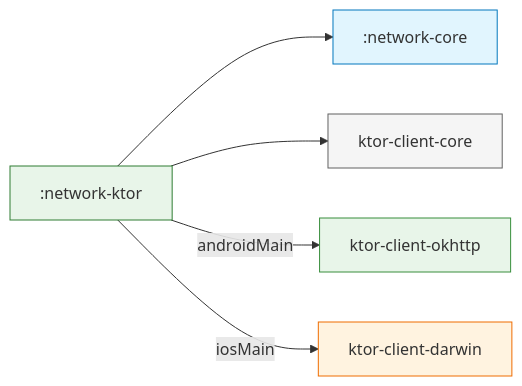
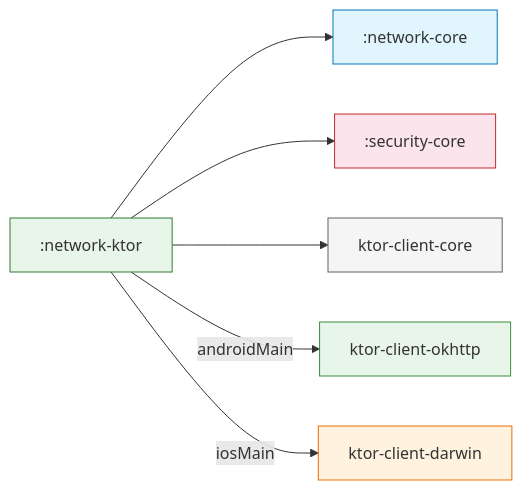
One commit to DanCrRdz93/core-data-platform changed the second of 2 diagrams in network-ktor/README.md. Above: the diagram before and after it, drawn with Mermaid. The commit also changed other lines of this file and 8 other files, not shown here.

Commit message:
update diagrams

````diff
--- a/network-ktor/README.md
+++ b/network-ktor/README.md
@@ -259,13 +268,15 @@
 ```mermaid
 graph LR
     NK[":network-ktor"] --> NC[":network-core"]
+    NK --> SC[":security-core"]
     NK --> KTOR["ktor-client-core"]
     NK -->|androidMain| OKHTTP["ktor-client-okhttp"]
     NK -->|iosMain| DARWIN["ktor-client-darwin"]
 
     style NK fill:#e8f5e9,stroke:#2e7d32
     style NC fill:#e1f5fe,stroke:#0277bd
+    style SC fill:#fce4ec,stroke:#c62828
     style KTOR fill:#f5f5f5,stroke:#616161
     style OKHTTP fill:#e8f5e9,stroke:#388e3c
     style DARWIN fill:#fff3e0,stroke:#ef6c00
 ```
````
